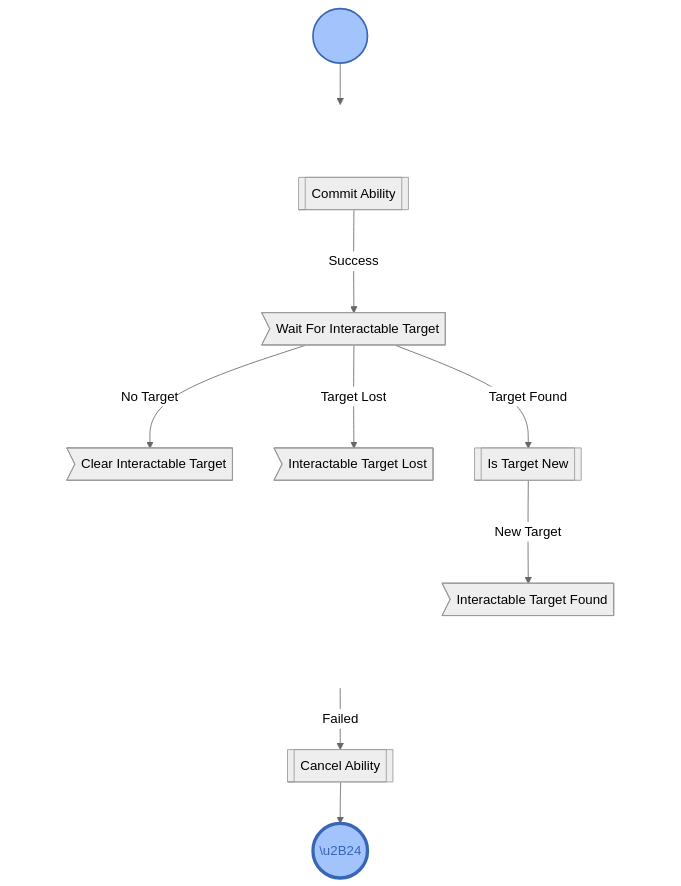
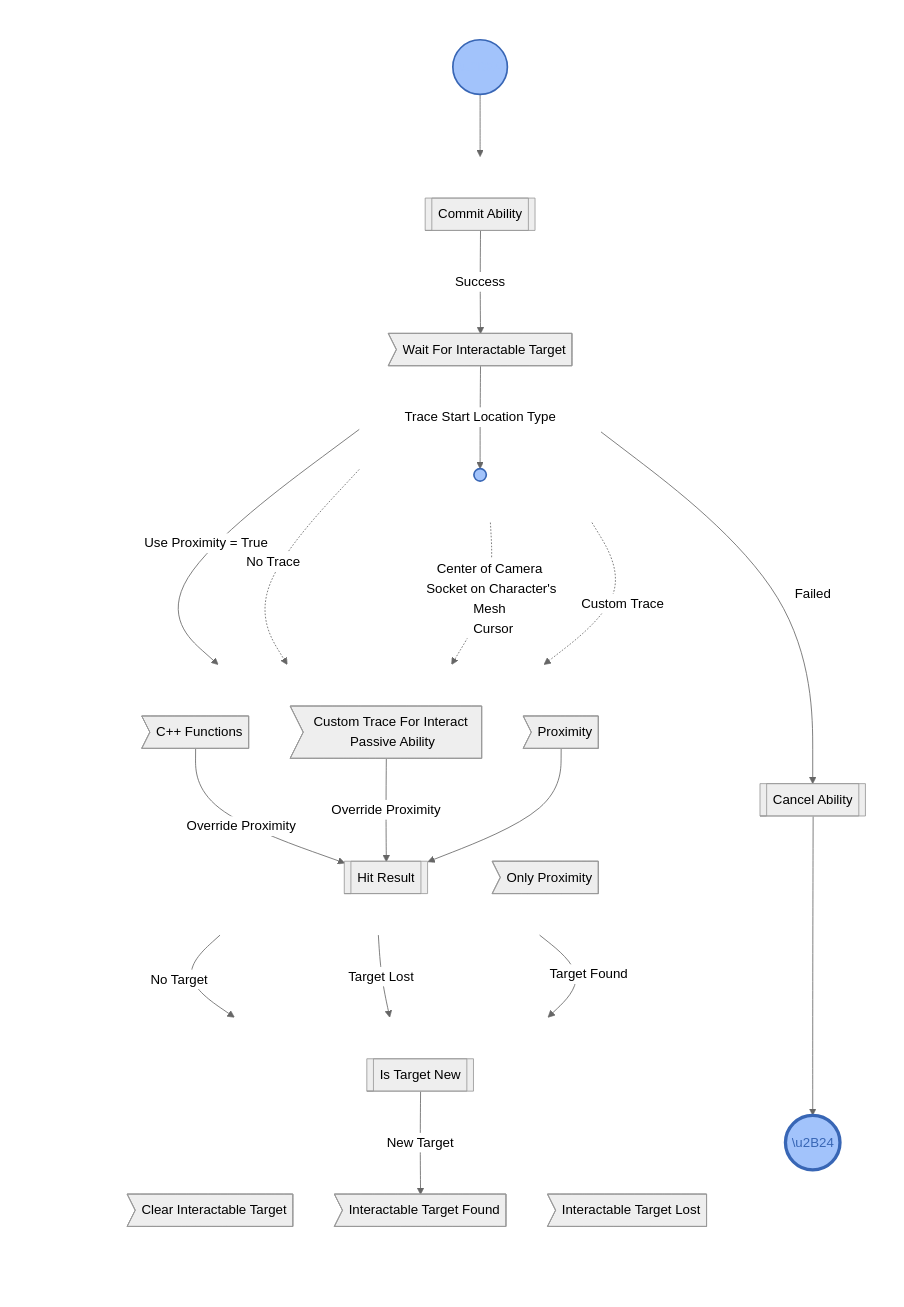
The diagram in versioned_docs/version-1.2.0/architecture/interact-passive.mdx (twistedbytes-net/TBIA-Documentation), drawn with Mermaid (neutral theme) before and after one commit. The commit also changed 19 other files, not shown here.

````diff
--- a/versioned_docs/version-1.2.0/architecture/interact-passive.mdx
+++ b/versioned_docs/version-1.2.0/architecture/interact-passive.mdx
@@ -12,49 +12,89 @@
 
     CANCEL_ABILITY[[Cancel Ability]]
 
+    Enum((" "))
+
     B[[Commit Ability]]
-    D>Wait For Interactable Target]
-    F>Clear Interactable Target]
-    H>Interactable Target Lost]
+    C>Wait For Interactable Target]
+    D>C++ Functions]
+    E>Custom Trace For Interact Passive Ability]
+    L>Only Proximity]
+    F>Proximity]
+    G[[Hit Result]]
+    H>Clear Interactable Target]
+    I>Interactable Target Lost]
     J[[Is Target New]]
     K>Interactable Target Found]
 
     START --> B
 
-    B --> |Success| D
+    B --> |Success| C
     B --> |Failed| CANCEL_ABILITY
-    D --> |No Target| F
-    D --> |Target Lost| H
-    D --> |Target Found| J
+    C --> |Use Proximity = True| F
+    C --> |Trace Start Location Type| Enum
+    Enum -.-> |No Trace|L
+    Enum -.-> |Center of Camera <br/> Socket on Character's Mesh <br/> Cursor| D
+    Enum -.-> |Custom Trace|E
+    D --> |Override Proximity|G
+    E --> |Override Proximity|G
+    F --> G
+    G --> |No Target| H
+    G --> |Target Lost| I
+    G --> |Target Found| J
     J --> |New Target| K
     
     CANCEL_ABILITY --> STOP
     
     subgraph sub_container [ ]
         direction TB
+        START
 
         subgraph sub_main [ ]
-            direction TB
-        
+        direction TB
+
             B
+            C
+            Enum
+
+        end
+
+        subgraph sub_functions [ ]
+        direction TB
+            
+            
             D
+            L
+            E
             F
+            G
+
+        end
+
+        subgraph sub_result [ ]
+        direction TB
+            
             H
+            I
             J
             K
+
         end
-            
+
+        CANCEL_ABILITY
+        STOP
     end
 
     classDef sty_start fill:#A2C3FB,color:#A2C3FB,stroke-width:2px,stroke:#3866B5;
     classDef sty_stop fill:#A2C3FB,color:#3866B5,stroke-width:4px,stroke:#3866B5;
     classDef sty_subgraph_transparent fill:#0000,stroke:#0000;
+    classDef sty_enum fill:#A2C3FB,color:#A2C3FB,stroke-width:2px,stroke:#3866B5;
     
     class START sty_start;
     class STOP sty_stop;
+    class Enum sty_enum;
     class sub_container sty_subgraph_transparent;
     class sub_main sty_subgraph_transparent;
-
-
+    class sub_functions sty_subgraph_transparent;
+    class sub_result sty_subgraph_transparent;
 
 ```
````
